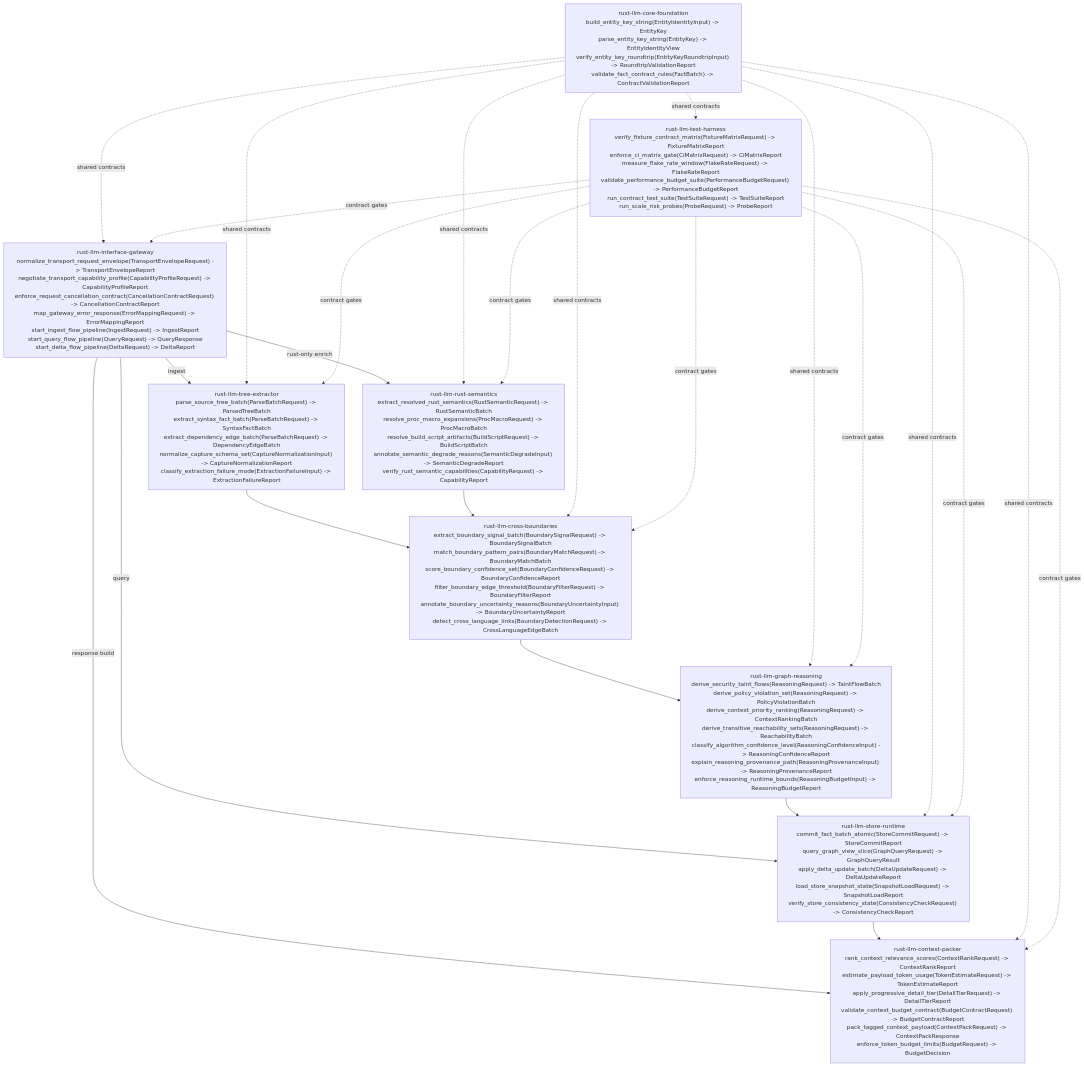
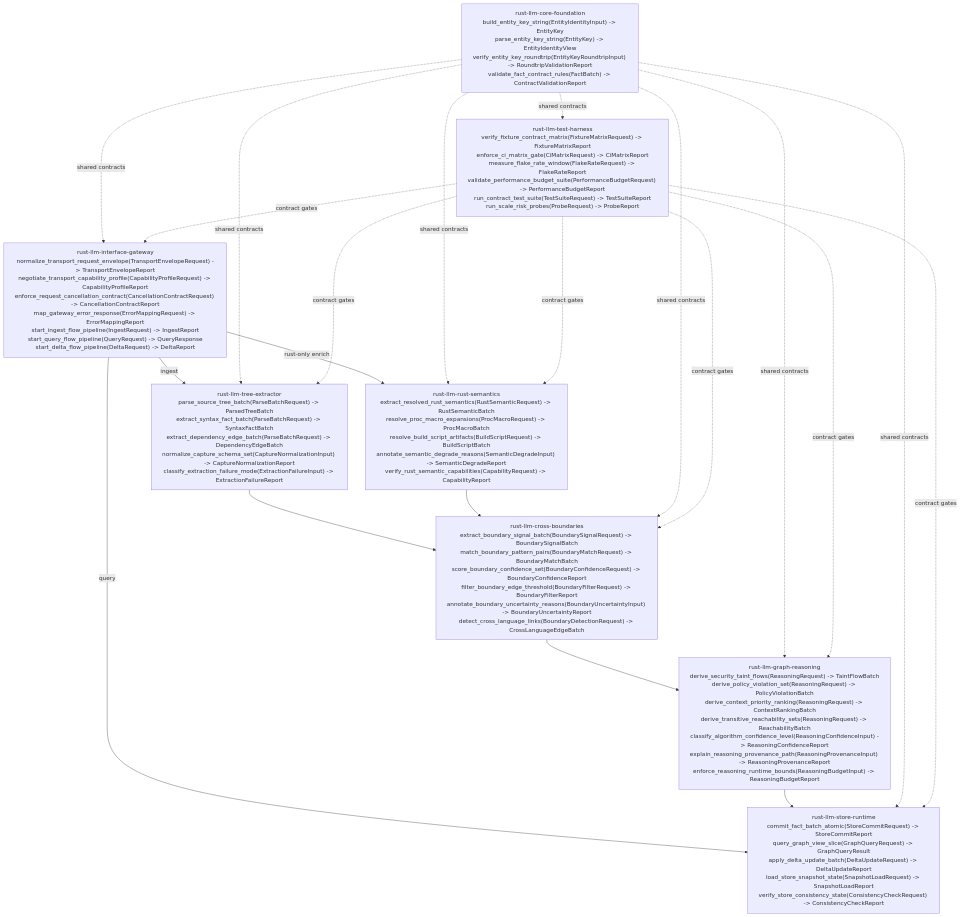
One commit to that-in-rust/parseltongue-rust-LLM-companion changed the diagram in docs/Prep-v200-Hashing-Risks-v01.md. Above: the diagram before and after it, drawn with Mermaid. The commit also changed other lines of this file and 3 other files, not shown here.

````diff
--- a/docs/Prep-v200-Hashing-Risks-v01.md
+++ b/docs/Prep-v200-Hashing-Risks-v01.md
@@ -78,13 +104,6 @@
 load_store_snapshot_state(SnapshotLoadRequest) -> SnapshotLoadReport
 verify_store_consistency_state(ConsistencyCheckRequest) -> ConsistencyCheckReport"]
 
-    CP["rust-llm-context-packer
-rank_context_relevance_scores(ContextRankRequest) -> ContextRankReport
-estimate_payload_token_usage(TokenEstimateRequest) -> TokenEstimateReport
-apply_progressive_detail_tier(DetailTierRequest) -> DetailTierReport
-validate_context_budget_contract(BudgetContractRequest) -> BudgetContractReport
-pack_tagged_context_payload(ContextPackRequest) -> ContextPackResponse
-enforce_token_budget_limits(BudgetRequest) -> BudgetDecision"]
 
     TH["rust-llm-test-harness
 verify_fixture_contract_matrix(FixtureMatrixRequest) -> FixtureMatrixReport
@@ -97,13 +116,11 @@
     GW -- ingest --> TE
     GW -- rust-only enrich --> RS
     GW -- query --> SR
-    GW -- response build --> CP
 
     TE --> CB
     RS --> CB
     CB --> GR
     GR --> SR
-    SR --> CP
 
     CF -. shared contracts .-> GW
     CF -. shared contracts .-> TE
@@ -111,7 +128,6 @@
     CF -. shared contracts .-> CB
     CF -. shared contracts .-> GR
     CF -. shared contracts .-> SR
-    CF -. shared contracts .-> CP
     CF -. shared contracts .-> TH
 
     TH -. contract gates .-> GW
@@ -120,5 +136,4 @@
     TH -. contract gates .-> CB
     TH -. contract gates .-> GR
     TH -. contract gates .-> SR
-    TH -. contract gates .-> CP
 ```
````
